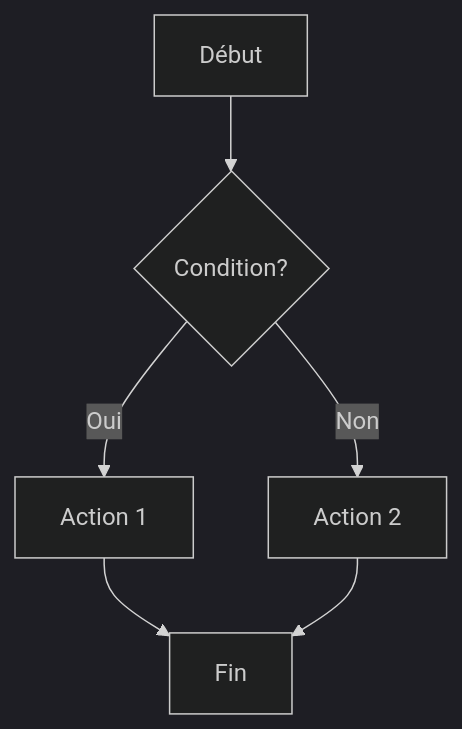
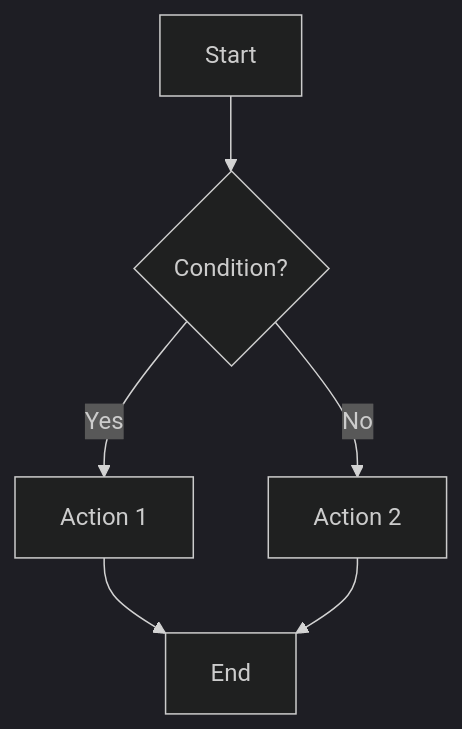
The first of 17 diagrams in .claude/skills/diagram-generator/SKILL.md (julien-riel/research-and-presentation-team), drawn with Mermaid (dark theme) before and after one commit. The commit also changed other lines of this file and 17 other files, not shown here.

````diff
--- a/.claude/skills/diagram-generator/SKILL.md
+++ b/.claude/skills/diagram-generator/SKILL.md
@@ -198,8 +198,8 @@
 ```mermaid
 flowchart TD
-    A[Début] --> B{Condition?}
-    B -->|Oui| C[Action 1]
-    B -->|Non| D[Action 2]
-    C --> E[Fin]
+    A[Start] --> B{Condition?}
+    B -->|Yes| C[Action 1]
+    B -->|No| D[Action 2]
+    C --> E[End]
     D --> E
 ```
````
